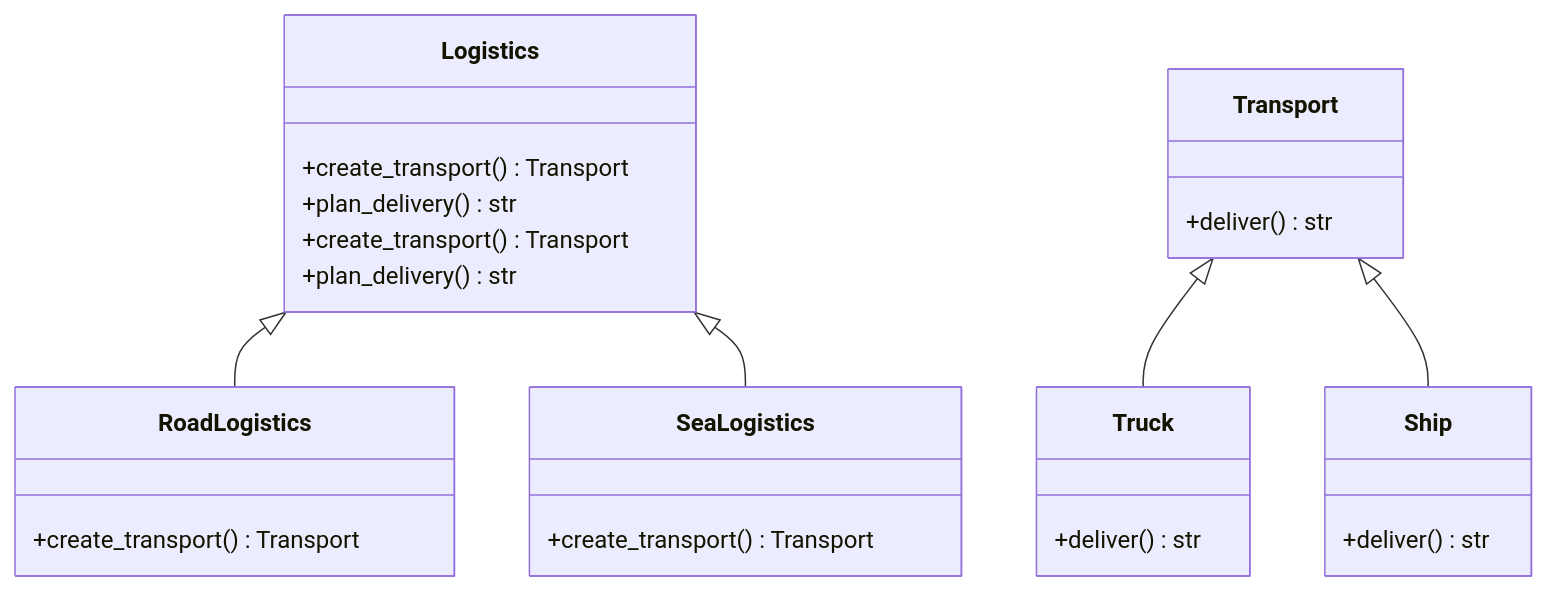
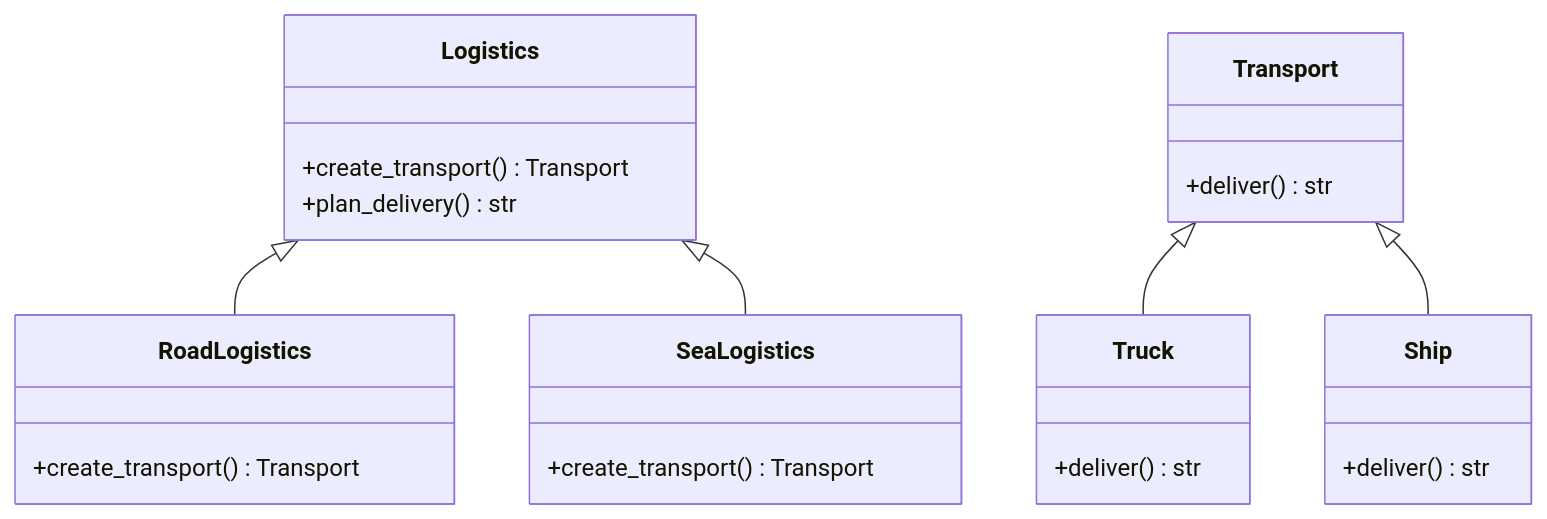
The diagram in FactoryMethod/ReadMe.md (sripaladugu/DesignPatterns), drawn with Mermaid before and after one commit. The commit also changed other lines of this file and 5 other files, not shown here.

````diff
--- a/FactoryMethod/ReadMe.md
+++ b/FactoryMethod/ReadMe.md
@@ -95,36 +96,33 @@
 ```mermaid
 classDiagram
     Logistics <|-- RoadLogistics
     Logistics <|-- SeaLogistics
-
-    Logistics : +create_transport() Transport
-    Logistics : +plan_delivery() str
 
     Transport <|-- Truck
     Transport <|-- Ship
 
     class Logistics {
         +create_transport() Transport
         +plan_delivery() str
     }
 
     class RoadLogistics {
         +create_transport() Transport
     }
 
     class SeaLogistics {
         +create_transport() Transport
     }
 
     class Transport {
         +deliver() str
     }
 
     class Truck {
         +deliver() str
     }
 
     class Ship {
         +deliver() str
     }
 ```
````
